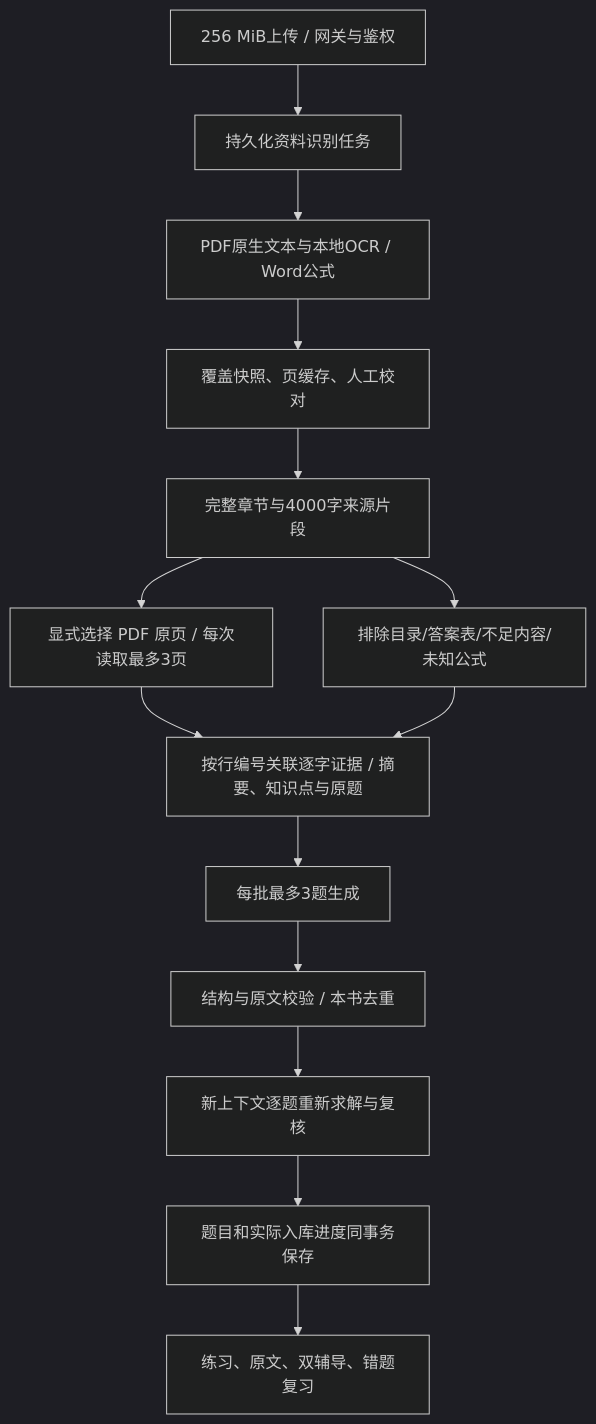
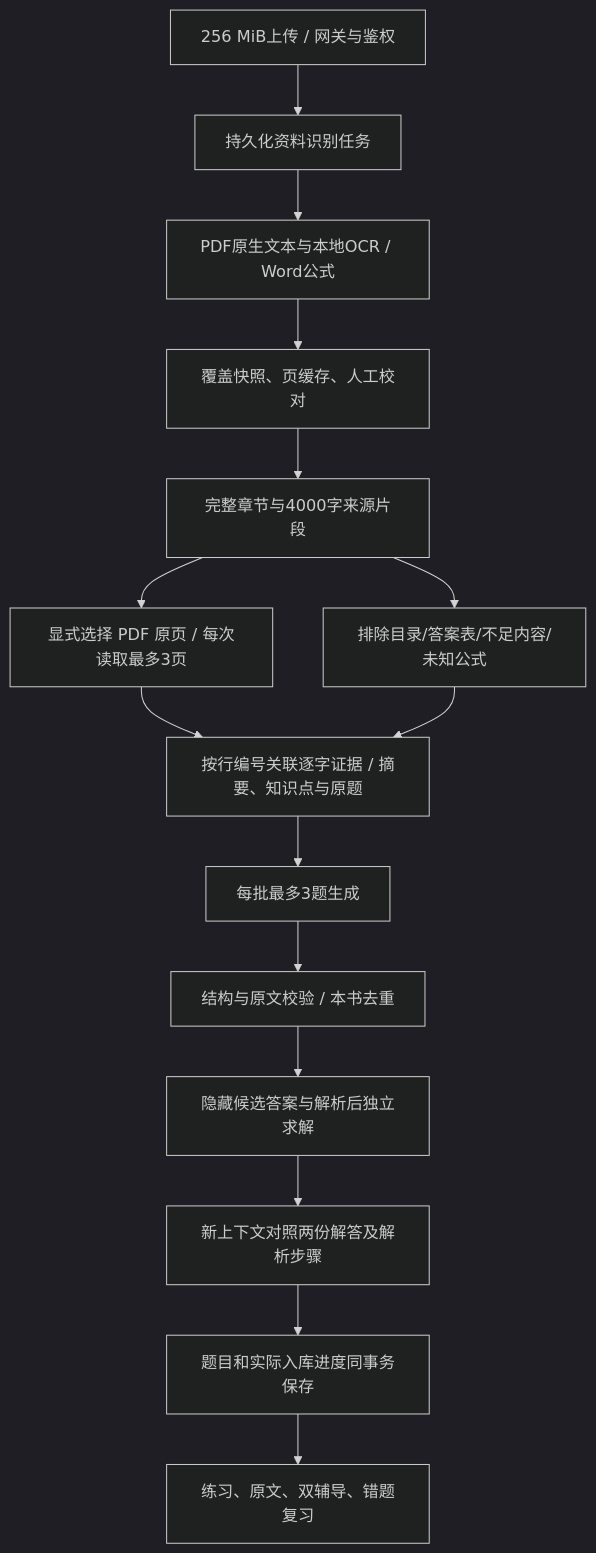
One commit to qing1989620/xinxin-local changed the diagram in docs/learning-studio.md. Above: the diagram before and after it, drawn with Mermaid (dark theme). The commit also changed other lines of this file and 38 other files, not shown here.

````diff
--- a/docs/learning-studio.md
+++ b/docs/learning-studio.md
@@ -5,16 +5,17 @@
 ```mermaid
 flowchart TD
   A[256 MiB上传 / 网关与鉴权] --> B[持久化资料识别任务]
   B --> C[PDF原生文本与本地OCR / Word公式]
   C --> D[覆盖快照、页缓存、人工校对]
   D --> E[完整章节与4000字来源片段]
   E --> F[排除目录/答案表/不足内容/未知公式]
   E --> V[显式选择 PDF 原页 / 每次读取最多3页]
   V --> G[按行编号关联逐字证据 / 摘要、知识点与原题]
   F --> G
   G --> H[每批最多3题生成]
   H --> I[结构与原文校验 / 本书去重]
-  I --> J[新上下文逐题重新求解与复核]
+  I --> S[隐藏候选答案与解析后独立求解]
+  S --> J[新上下文对照两份解答及解析步骤]
   J --> K[题目和实际入库进度同事务保存]
   K --> L[练习、原文、双辅导、错题复习]
 ```
````
